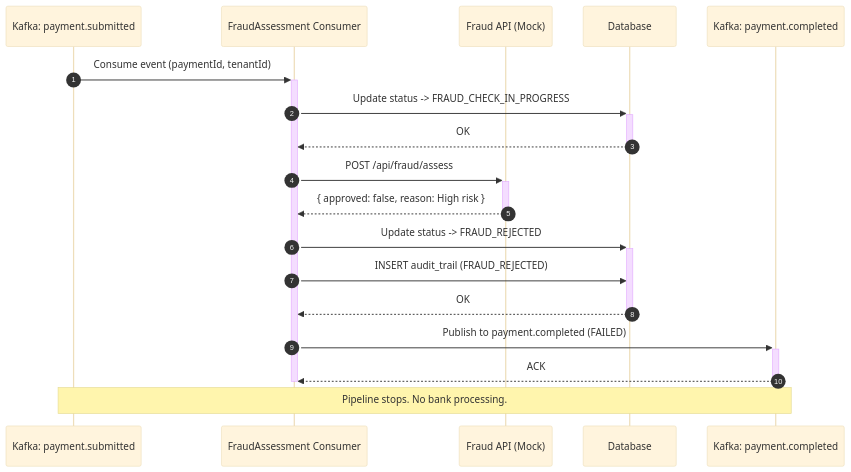
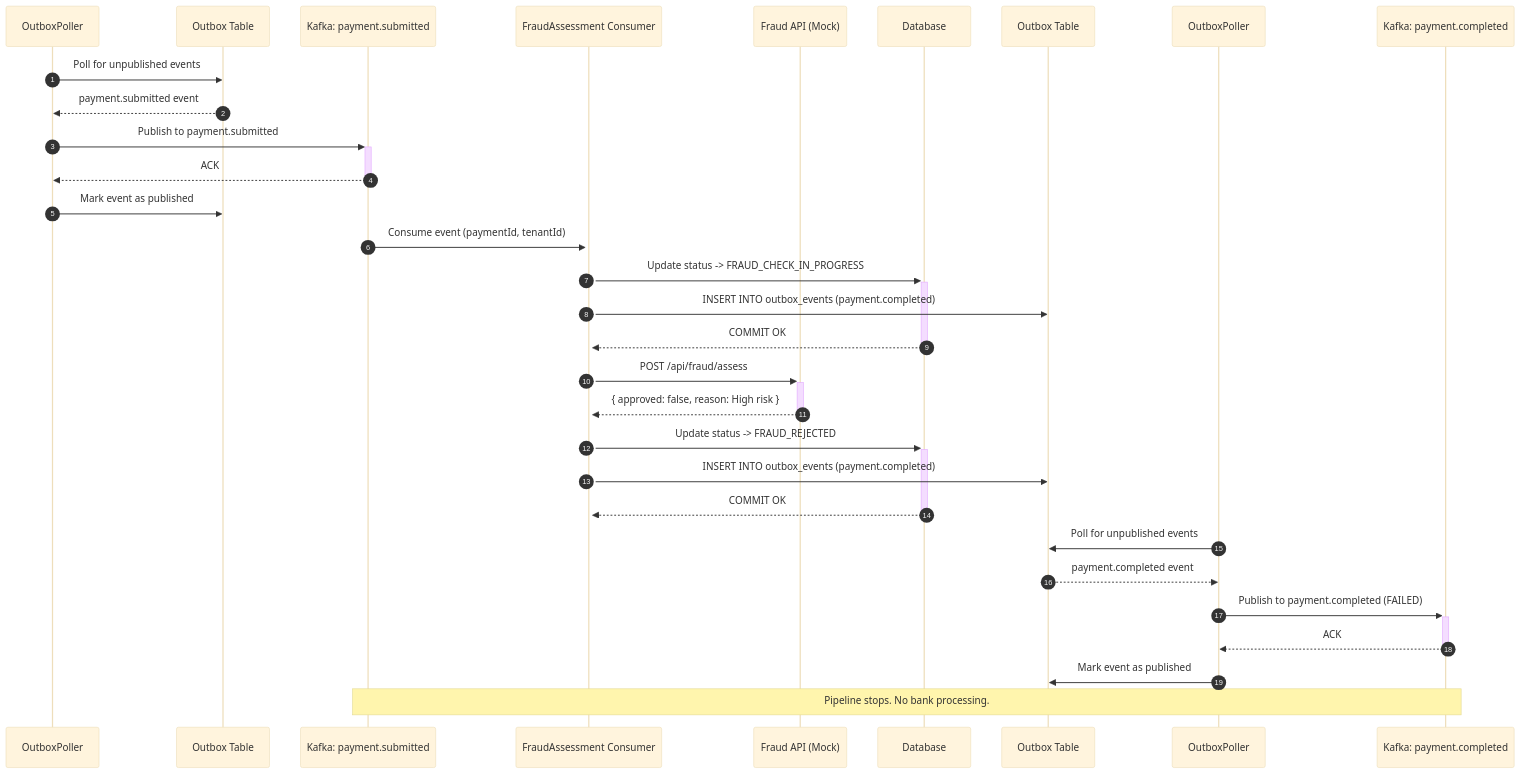
One commit to ltadiko/PaymentGateway changed the fourth of 8 diagrams in docs/diagrams/sequence-diagrams.md. Above: the diagram before and after it, drawn with Mermaid (base theme). The commit also changed other lines of this file and 1 other file, not shown here.

````diff
--- a/docs/diagrams/sequence-diagrams.md
+++ b/docs/diagrams/sequence-diagrams.md
@@ -140,27 +179,42 @@
 ```mermaid
 sequenceDiagram
     autonumber
+    participant O as OutboxPoller
+    participant OB as Outbox Table
     participant K1 as Kafka: payment.submitted
     participant FC as FraudAssessment Consumer
     participant FA as Fraud API (Mock)
     participant DB as Database
+    participant OB2 as Outbox Table
+    participant O2 as OutboxPoller
     participant K3 as Kafka: payment.completed
+
+    %% OutboxPoller relays payment.submitted
+    O->>OB: Poll for unpublished events
+    OB-->>O: payment.submitted event
+    O->>+K1: Publish to payment.submitted
+    K1-->>-O: ACK
+    O->>OB: Mark event as published
 
     K1->>+FC: Consume event (paymentId, tenantId)
 
     FC->>+DB: Update status -> FRAUD_CHECK_IN_PROGRESS
-    DB-->>-FC: OK
+    FC->>OB2: INSERT INTO outbox_events (payment.completed)
+    DB-->>-FC: COMMIT OK
 
     FC->>+FA: POST /api/fraud/assess
     FA-->>-FC: { approved: false, reason: High risk }
 
     FC->>+DB: Update status -> FRAUD_REJECTED
-    FC->>DB: INSERT audit_trail (FRAUD_REJECTED)
-    DB-->>-FC: OK
+    FC->>OB2: INSERT INTO outbox_events (payment.completed)
+    DB-->>-FC: COMMIT OK
 
-    FC->>+K3: Publish to payment.completed (FAILED)
-    K3-->>-FC: ACK
-    deactivate FC
+    %% OutboxPoller relays payment.completed
+    O2->>OB2: Poll for unpublished events
+    OB2-->>O2: payment.completed event
+    O2->>+K3: Publish to payment.completed (FAILED)
+    K3-->>-O2: ACK
+    O2->>OB2: Mark event as published
 
     Note over K1,K3: Pipeline stops. No bank processing.
 ```
````
